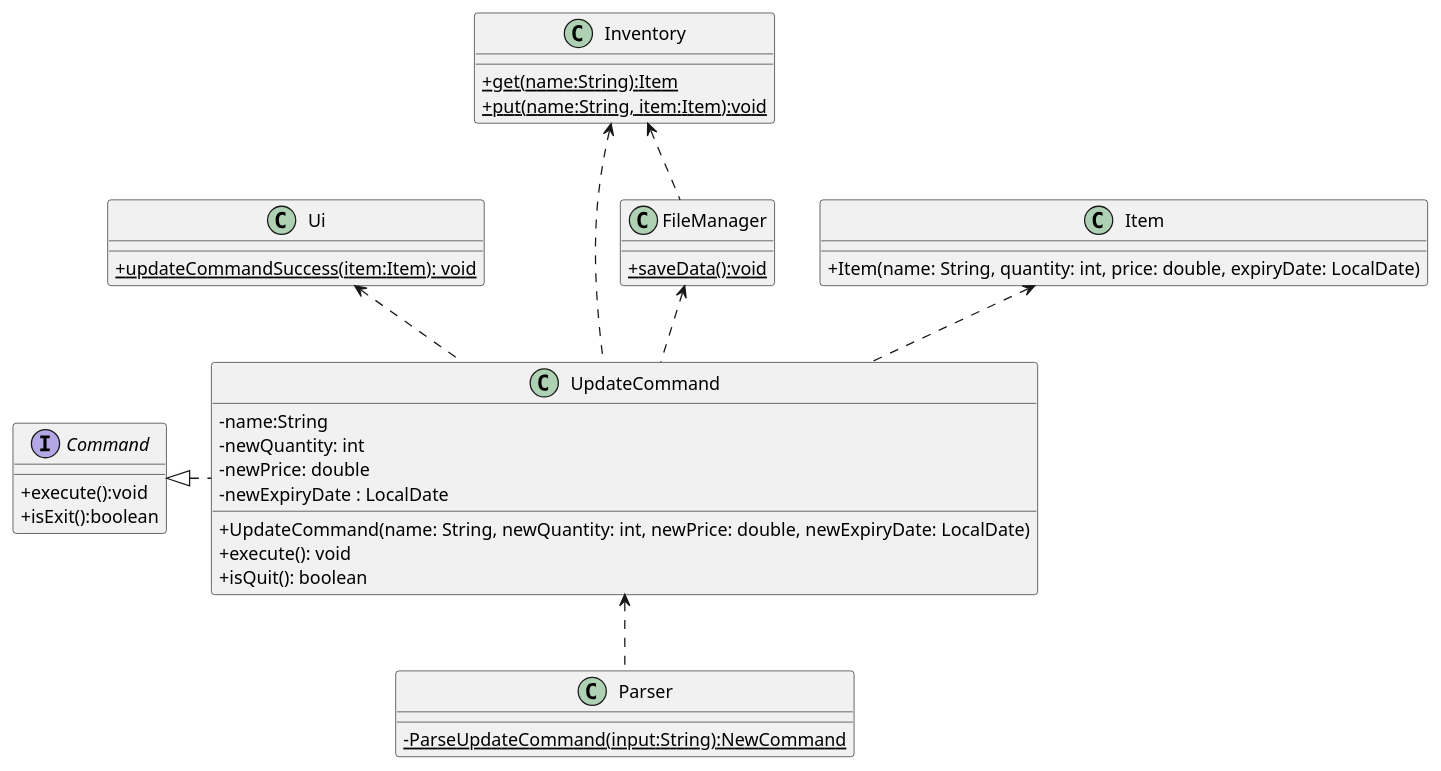
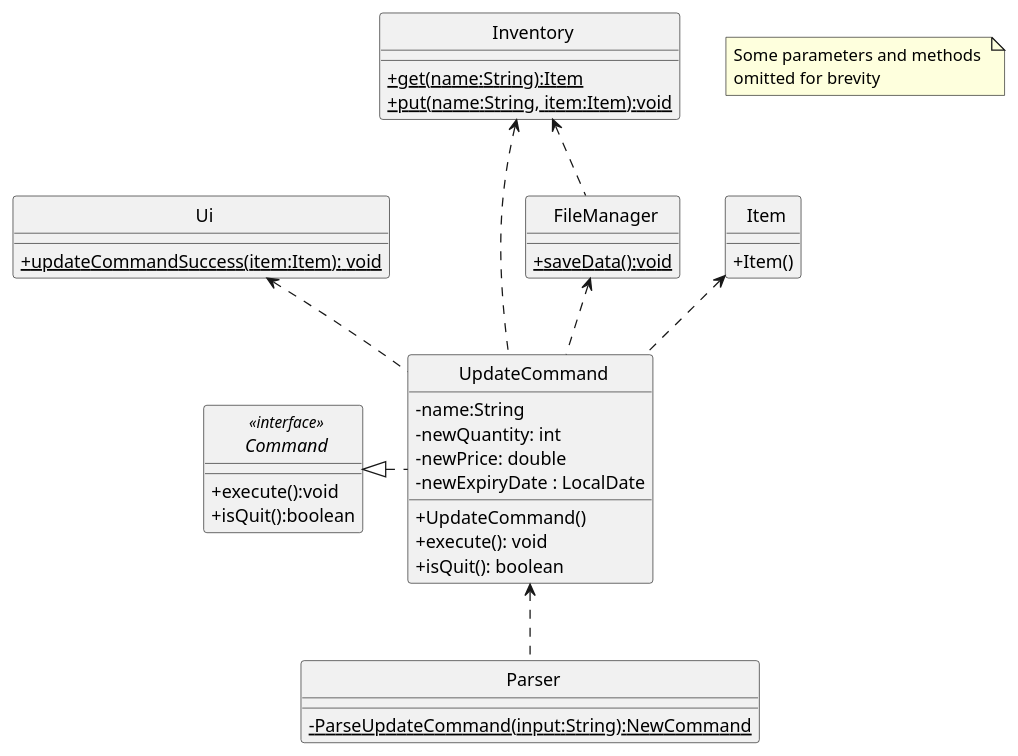
The first of 2 diagrams in docs/uml-diagrams/UpdateCommand.puml (rismm/tp), drawn with PlantUML before and after one commit. The commit also changed 14 other files, not shown here.

Commit message:
Update UML diagrams

```diff
--- a/docs/uml-diagrams/UpdateCommand.puml
+++ b/docs/uml-diagrams/UpdateCommand.puml
@@ -1,57 +1,61 @@
 @startuml
 'https://plantuml.com/class-diagram
 skinparam classAttributeIconSize 0
+skinparam CircledCharacterFontSize 0
+skinparam CircledCharacterRadius 0
 
 interface Command
 class Ui
 class Inventory
 class Item
 class UpdateCommand
 class Parser
 class FileManager
 
 UpdateCommand <.. Parser
 Command <|. UpdateCommand
 Ui <.. UpdateCommand
 Inventory <.. UpdateCommand
 Item <.. UpdateCommand
 FileManager <.. UpdateCommand
 Inventory <.. FileManager
 
-interface Command {
+interface Command <<interface>> {
     +execute():void
-    +isExit():boolean
+    +isQuit():boolean
 }
 
 class UpdateCommand {
     -name:String
     -newQuantity: int
     -newPrice: double
     -newExpiryDate : LocalDate
-    +UpdateCommand(name: String, newQuantity: int, newPrice: double, newExpiryDate: LocalDate)
+    +UpdateCommand()
     +execute(): void
     +isQuit(): boolean
 }
 
 class Item {
-    +Item(name: String, quantity: int, price: double, expiryDate: LocalDate)
+    +Item()
 }
 
 class Ui {
     {static}+updateCommandSuccess(item:Item): void
 }
 
 class Parser {
     {static}-ParseUpdateCommand(input:String):NewCommand
 }
 
 class Inventory {
     {static}+get(name:String):Item
     {static}+put(name:String, item:Item):void
 }
 
 class FileManager {
     {static}+saveData():void
 }
 
+note "Some parameters and methods \nomitted for brevity" as n1
+
 @enduml
```
